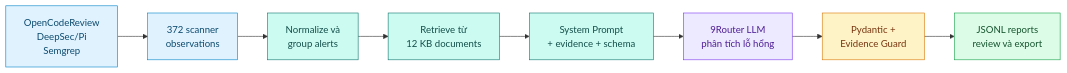
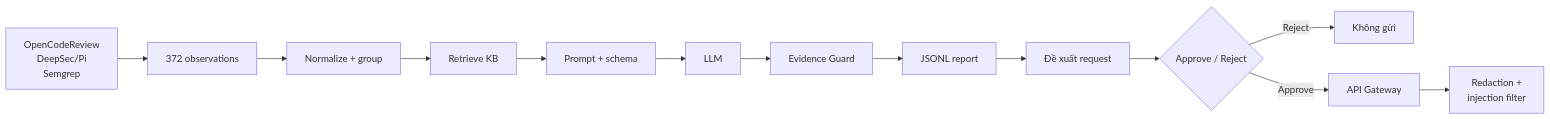
Before and after one commit to phoebe497/sentinel-benchmarkJava: the diagram in README.md, drawn with Mermaid. The commit also changed other lines of this file and 264 other files, not shown here.

````diff
--- a/README.md
+++ b/README.md
@@ -25,21 +25,15 @@
 ```mermaid
 flowchart LR
-    A[OpenCodeReview<br/>DeepSec/Pi<br/>Semgrep] --> B[372 scanner<br/>observations]
-    B --> C[Normalize và<br/>group alerts]
-    C --> D[Retrieve từ<br/>12 KB documents]
-    D --> E[System Prompt<br/>+ evidence + schema]
-    E --> F[9Router LLM<br/>phân tích lỗ hổng]
-    F --> G[Pydantic +<br/>Evidence Guard]
-    G --> H[JSONL reports<br/>review và export]
-
-    classDef source fill:#E0F2FE,stroke:#0284C7,color:#0C4A6E;
-    classDef process fill:#CCFBF1,stroke:#0F766E,color:#134E4A;
-    classDef agent fill:#EDE9FE,stroke:#7C3AED,color:#4C1D95;
-    classDef check fill:#FEF3C7,stroke:#D97706,color:#78350F;
-    classDef result fill:#DCFCE7,stroke:#16A34A,color:#14532D;
-    class A,B source;
-    class C,D,E process;
-    class F agent;
-    class G check;
-    class H result;
+    A[OpenCodeReview<br/>DeepSec/Pi<br/>Semgrep] --> B[372 observations]
+    B --> C[Normalize + group]
+    C --> D[Retrieve KB]
+    D --> E[Prompt + schema]
+    E --> F[LLM]
+    F --> G[Evidence Guard]
+    G --> H[JSONL report]
+    H --> I[Đề xuất request]
+    I --> J{Approve / Reject}
+    J -->|Reject| K[Không gửi]
+    J -->|Approve| L[API Gateway]
+    L --> M[Redaction +<br/>injection filter]
 ```
````
